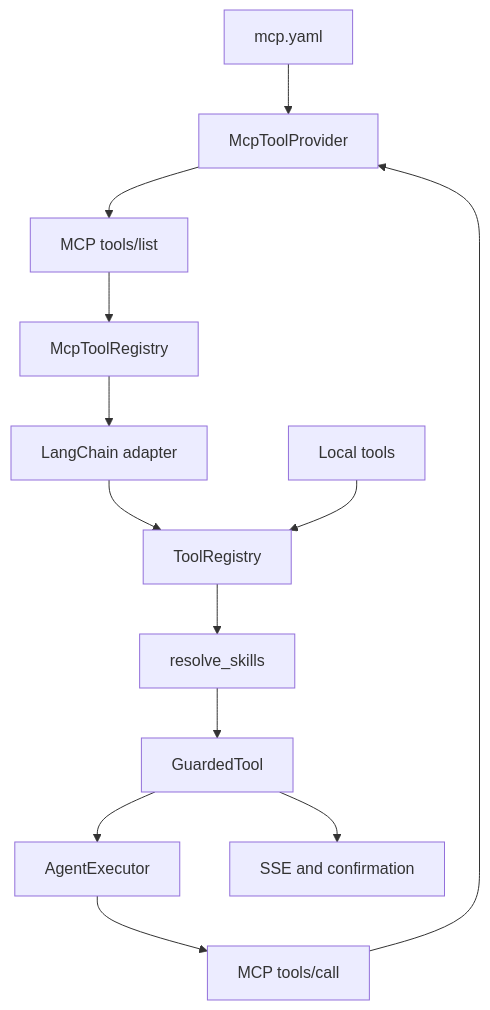
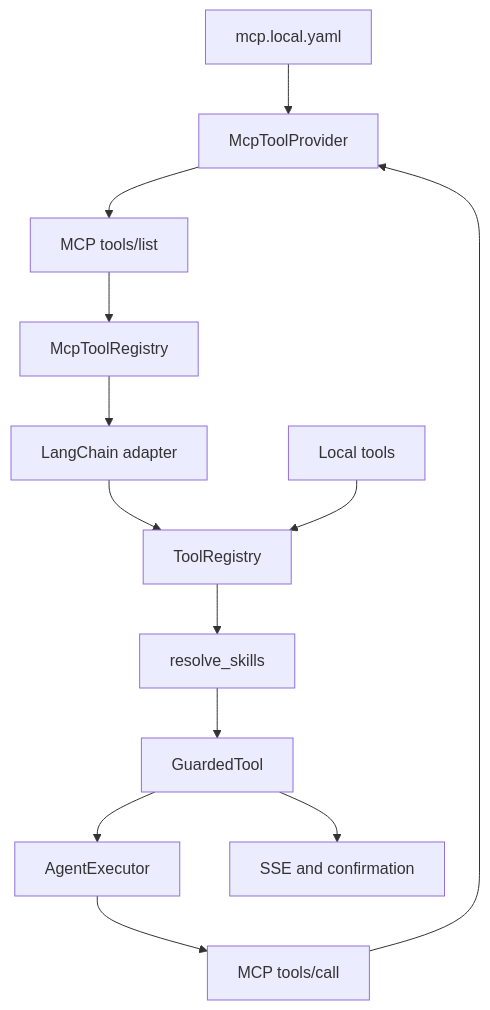
The diagram in docs/mcp_integration_plan.md (STliuEN/Doki-Assistant), drawn with Mermaid before and after one commit. The commit also changed other lines of this file and 61 other files, not shown here.

````diff
--- a/docs/mcp_integration_plan.md
+++ b/docs/mcp_integration_plan.md
@@ -34,15 +35,15 @@
 ```mermaid
 flowchart TD
-  Config[mcp.yaml] --> Provider[McpToolProvider]
+  Config[mcp.local.yaml] --> Provider[McpToolProvider]
   Provider --> List[MCP tools/list]
   List --> Registry[McpToolRegistry]
   Registry --> Adapter[LangChain adapter]
   Adapter --> Unified[ToolRegistry]
   Local[Local tools] --> Unified
   Unified --> Resolve[resolve_skills]
   Resolve --> Guard[GuardedTool]
   Guard --> Agent[AgentExecutor]
   Agent --> Call[MCP tools/call]
   Call --> Provider
   Guard --> Events[SSE and confirmation]
 ```
````
